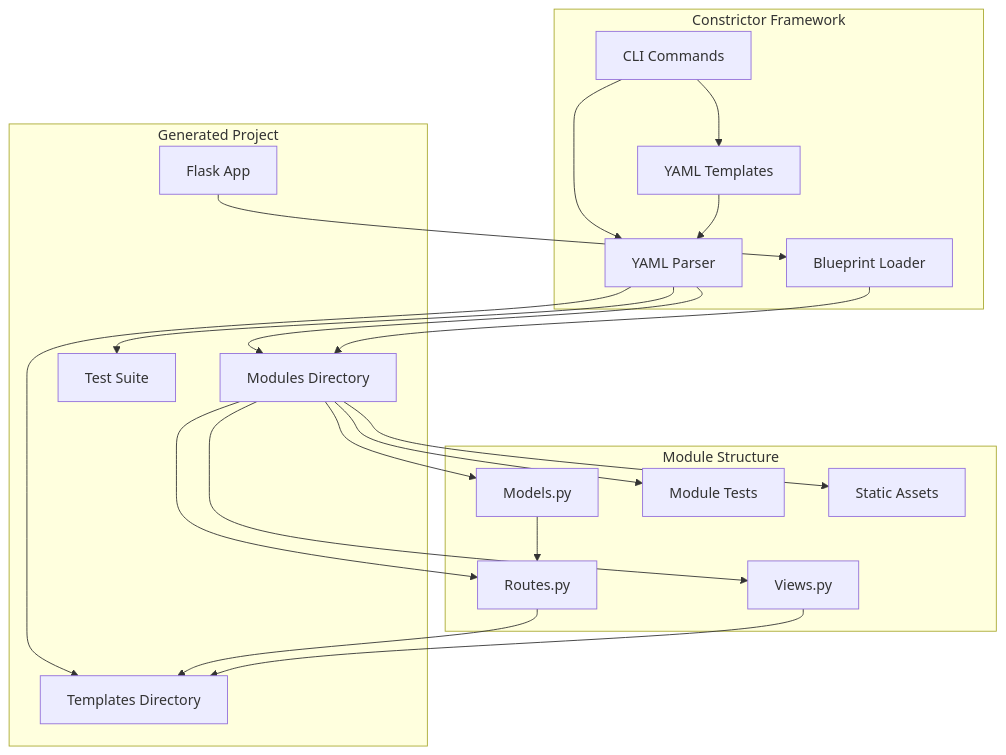
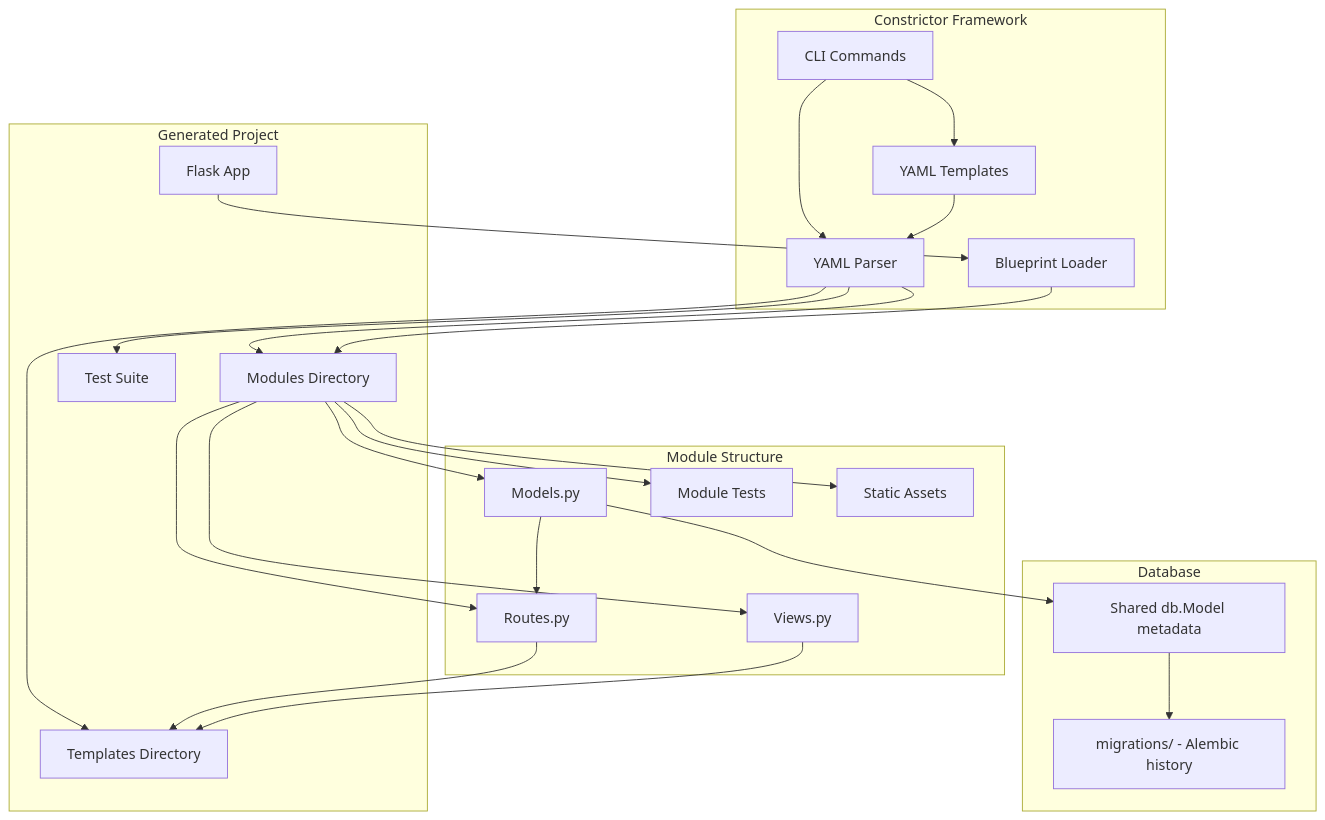
One commit to drkpkg/constrictor changed the diagram in README.md. Above: the diagram before and after it, drawn with Mermaid. The commit also changed other lines of this file and 15 other files, not shown here.

Commit message:
Add CLAUDE.md for project guidance, update README with migration details, and enhance CLI with environment handling. Introduce shared database objects and Swagger documentation generation. Update requirements and setup for Flask-SQLAlchemy and Flask-Migrate support.

````diff
--- a/README.md
+++ b/README.md
@@ -56,44 +61,51 @@
 ```mermaid
 graph TB
     subgraph "Constrictor Framework"
         CLI[CLI Commands]
         YAML[YAML Templates]
         Parser[YAML Parser]
         Loader[Blueprint Loader]
     end
     
     subgraph "Generated Project"
         App[Flask App]
         Modules[Modules Directory]
         Templates[Templates Directory]
         Tests[Test Suite]
     end
     
     subgraph "Module Structure"
         Routes[Routes.py]
         Models[Models.py]
         Views[Views.py]
         ModuleTests[Module Tests]
         Static[Static Assets]
     end
+
+    subgraph "Database"
+        SharedDB[Shared db.Model metadata]
+        Migrations[migrations/ - Alembic history]
+    end
     
     CLI --> YAML
     CLI --> Parser
     YAML --> Parser
     Parser --> Modules
     Parser --> Templates
     Parser --> Tests
     
     App --> Loader
     Loader --> Modules
     
     Modules --> Routes
     Modules --> Models
     Modules --> Views
     Modules --> ModuleTests
     Modules --> Static
     
     Routes --> Templates
     Views --> Templates
     Models --> Routes
+    Models --> SharedDB
+    SharedDB --> Migrations
 ```
````
